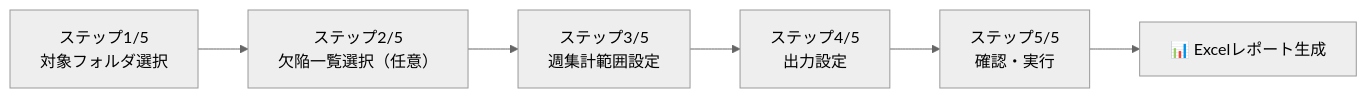
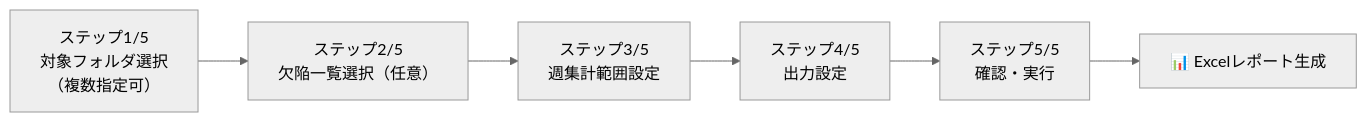
The first of 4 diagrams in docs/マニュアル.md (makio-dev/test-progress-collector), drawn with Mermaid (neutral theme) before and after one commit. The commit also changed other lines of this file and 5 other files, not shown here.

````diff
--- a/docs/マニュアル.md
+++ b/docs/マニュアル.md
@@ -133,8 +133,8 @@
 ```mermaid
 flowchart LR
-    S1["ステップ1/5<br/>対象フォルダ選択"] --> S2["ステップ2/5<br/>欠陥一覧選択（任意）"]
+    S1["ステップ1/5<br/>対象フォルダ選択<br/>（複数指定可）"] --> S2["ステップ2/5<br/>欠陥一覧選択（任意）"]
     S2 --> S3["ステップ3/5<br/>週集計範囲設定"]
     S3 --> S4["ステップ4/5<br/>出力設定"]
     S4 --> S5["ステップ5/5<br/>確認・実行"]
     S5 --> OUT["📊 Excelレポート生成"]
 ```
````
